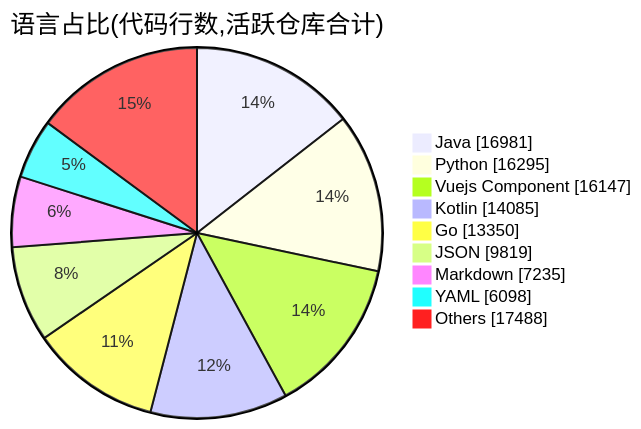
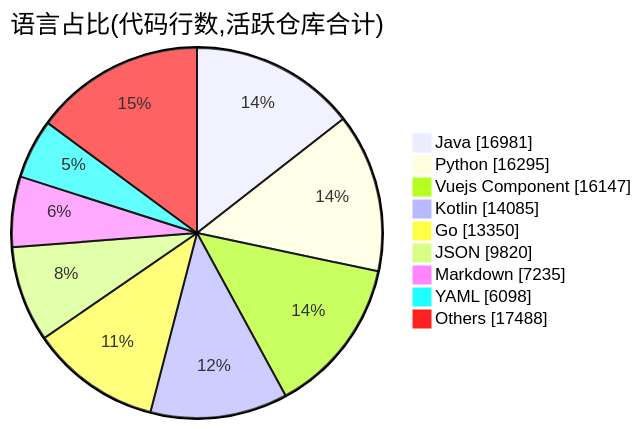
Before and after one commit to Conflux-Union/.github: the second of 2 diagrams in profile/README.md, drawn with Mermaid. The commit also changed other lines of this file and 1 other file, not shown here.

````diff
--- a/profile/README.md
+++ b/profile/README.md
@@ -78,13 +78,13 @@
 ```mermaid
 pie showData
     title 语言占比(代码行数,活跃仓库合计)
     "Java" : 16981
     "Python" : 16295
     "Vuejs Component" : 16147
     "Kotlin" : 14085
     "Go" : 13350
-    "JSON" : 9819
+    "JSON" : 9820
     "Markdown" : 7235
     "YAML" : 6098
     "Others" : 17488
 ```
````
